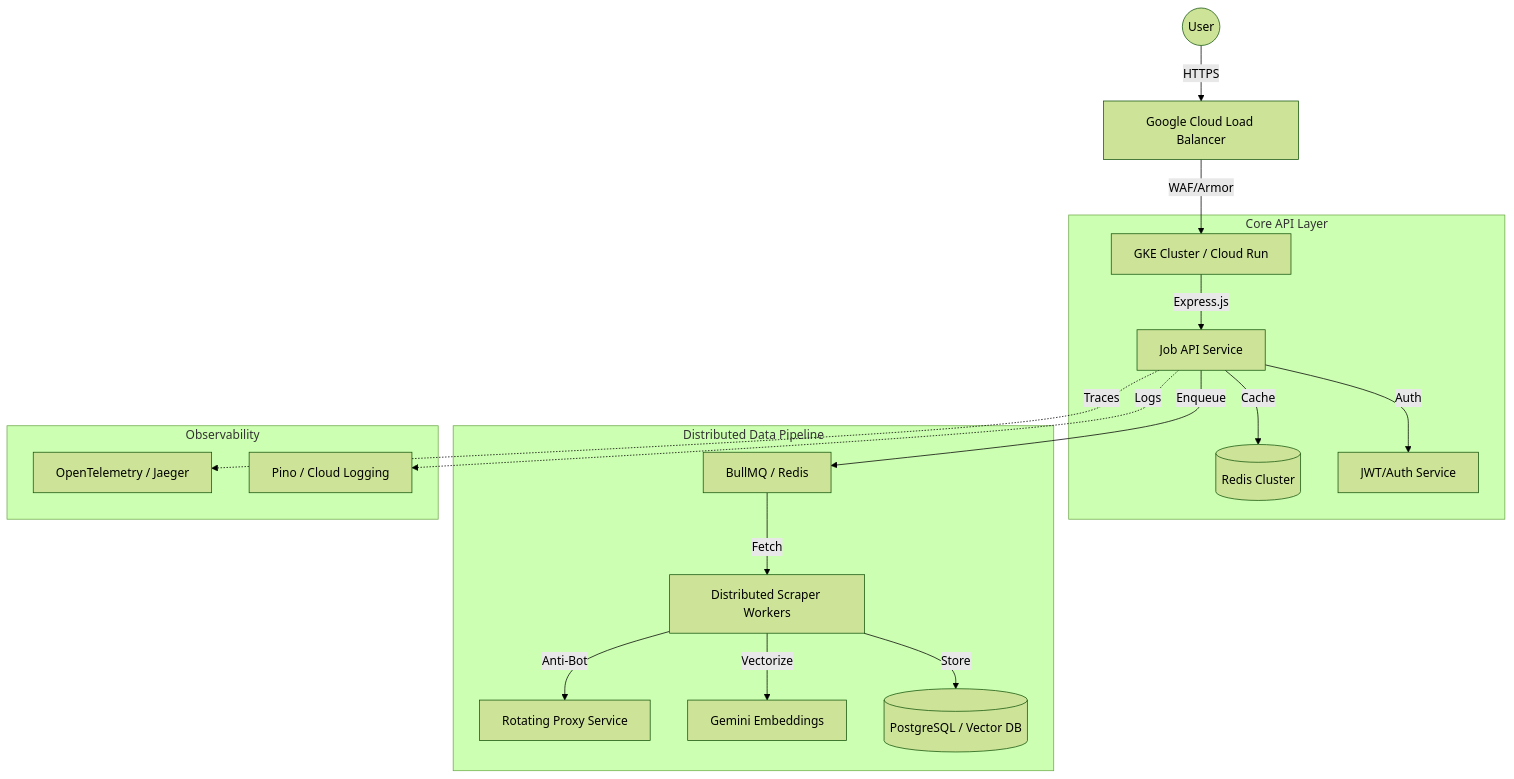
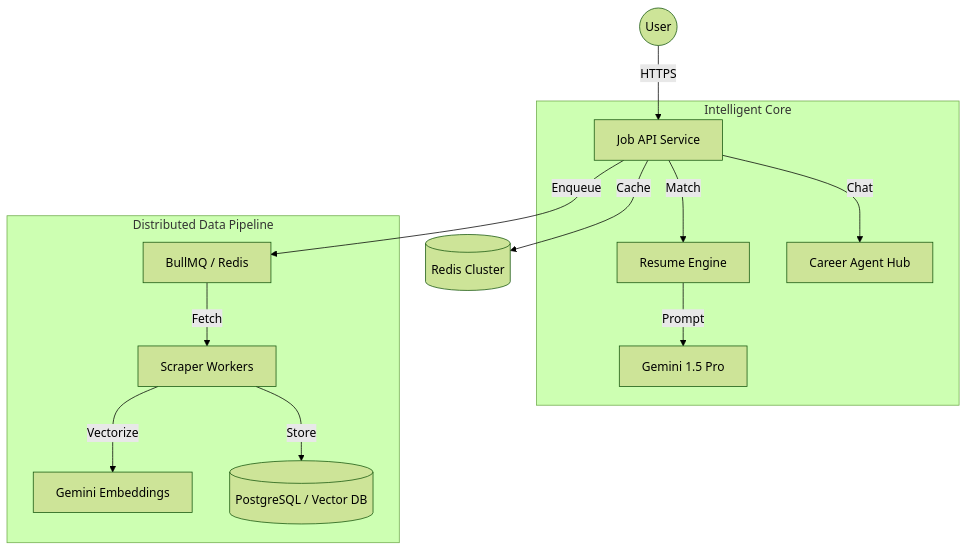
The first of 2 diagrams in README.md (Minato95-ayu/job-finder), drawn with Mermaid (forest theme) before and after one commit. The commit also changed other lines of this file and 1 other file, not shown here.

Commit message:
feat: add MIT license and update project documentation to reflect AI-driven features and updated architecture

````diff
--- a/README.md
+++ b/README.md
@@ -21,24 +43,18 @@
 ```mermaid
 graph TD
-    User((User)) -->|HTTPS| GCLB[Google Cloud Load Balancer]
-    GCLB -->|WAF/Armor| K8s[GKE Cluster / Cloud Run]
+    User((User)) -->|HTTPS| API[Job API Service]
+    API -->|Cache| Redis[(Redis Cluster)]
     
-    subgraph "Core API Layer"
-        K8s -->|Express.js| API[Job API Service]
-        API -->|Cache| Redis[(Redis Cluster)]
-        API -->|Auth| JWT[JWT/Auth Service]
+    subgraph "Intelligent Core"
+        API -->|Match| Resume[Resume Engine]
+        API -->|Chat| Agent[Career Agent Hub]
+        Resume -->|Prompt| Gemini[Gemini 1.5 Pro]
     end
 
     subgraph "Distributed Data Pipeline"
         API -->|Enqueue| Queue[BullMQ / Redis]
-        Queue -->|Fetch| Worker[Distributed Scraper Workers]
-        Worker -->|Anti-Bot| Proxy[Rotating Proxy Service]
-        Worker -->|Vectorize| Gemini[Gemini Embeddings]
+        Queue -->|Fetch| Worker[Scraper Workers]
+        Worker -->|Vectorize| Embed[Gemini Embeddings]
         Worker -->|Store| DB[(PostgreSQL / Vector DB)]
     end
-
-    subgraph "Observability"
-        API -.->|Traces| OTel[OpenTelemetry / Jaeger]
-        API -.->|Logs| Pino[Pino / Cloud Logging]
-    end
 ```
````
